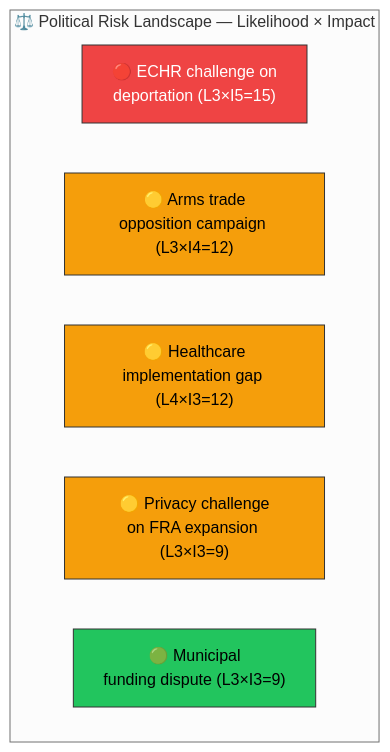
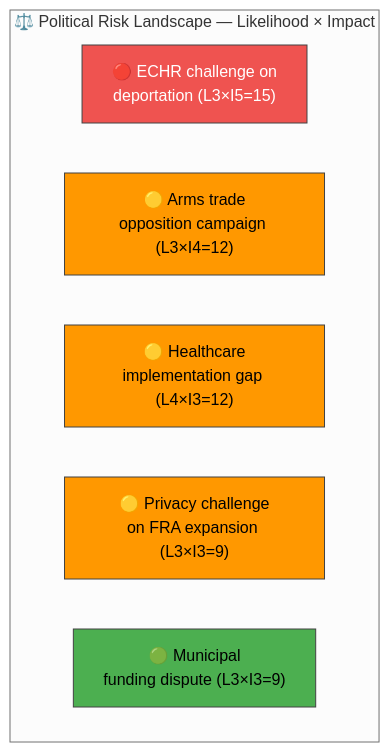
Before and after one commit to Hack23/riksdagsmonitor: the first of 2 diagrams in analysis/daily/2026-04-01/propositions/risk-assessment.md, drawn with Mermaid (neutral theme). The commit also changed other lines of this file and 785 other files, not shown here.

First line of the commit message:
Normalize mermaid colors across 786 analysis artifacts to ISMS Style Guide palette

````diff
--- a/analysis/daily/2026-04-01/propositions/risk-assessment.md
+++ b/analysis/daily/2026-04-01/propositions/risk-assessment.md
@@ -14,16 +14,16 @@
 ```mermaid
 graph TD
     subgraph "⚖️ Political Risk Landscape — Likelihood × Impact"
         R1["🔴 ECHR challenge on<br/>deportation (L3×I5=15)"]
         R2["🟡 Arms trade<br/>opposition campaign (L3×I4=12)"]
         R3["🟡 Healthcare<br/>implementation gap (L4×I3=12)"]
         R4["🟡 Privacy challenge<br/>on FRA expansion (L3×I3=9)"]
         R5["🟢 Municipal<br/>funding dispute (L3×I3=9)"]
     end
     
-    style R1 fill:#ef4444,stroke:#333,color:#fff
-    style R2 fill:#f59e0b,stroke:#333,color:#000
-    style R3 fill:#f59e0b,stroke:#333,color:#000
-    style R4 fill:#f59e0b,stroke:#333,color:#000
-    style R5 fill:#22c55e,stroke:#333,color:#000
+    style R1 fill:#EF5350,stroke:#424242,color:#FFFFFF
+    style R2 fill:#FF9800,stroke:#424242,color:#000000
+    style R3 fill:#FF9800,stroke:#424242,color:#000000
+    style R4 fill:#FF9800,stroke:#424242,color:#000000
+    style R5 fill:#4CAF50,stroke:#424242,color:#000000
 ```
````
